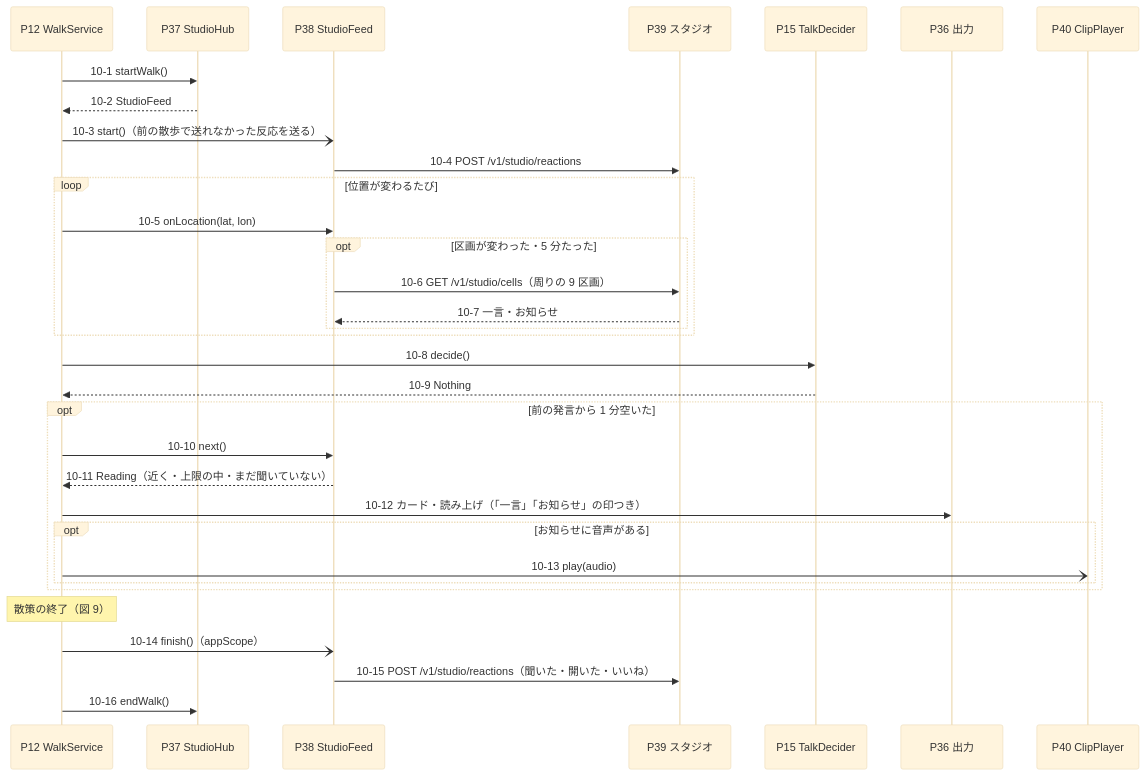
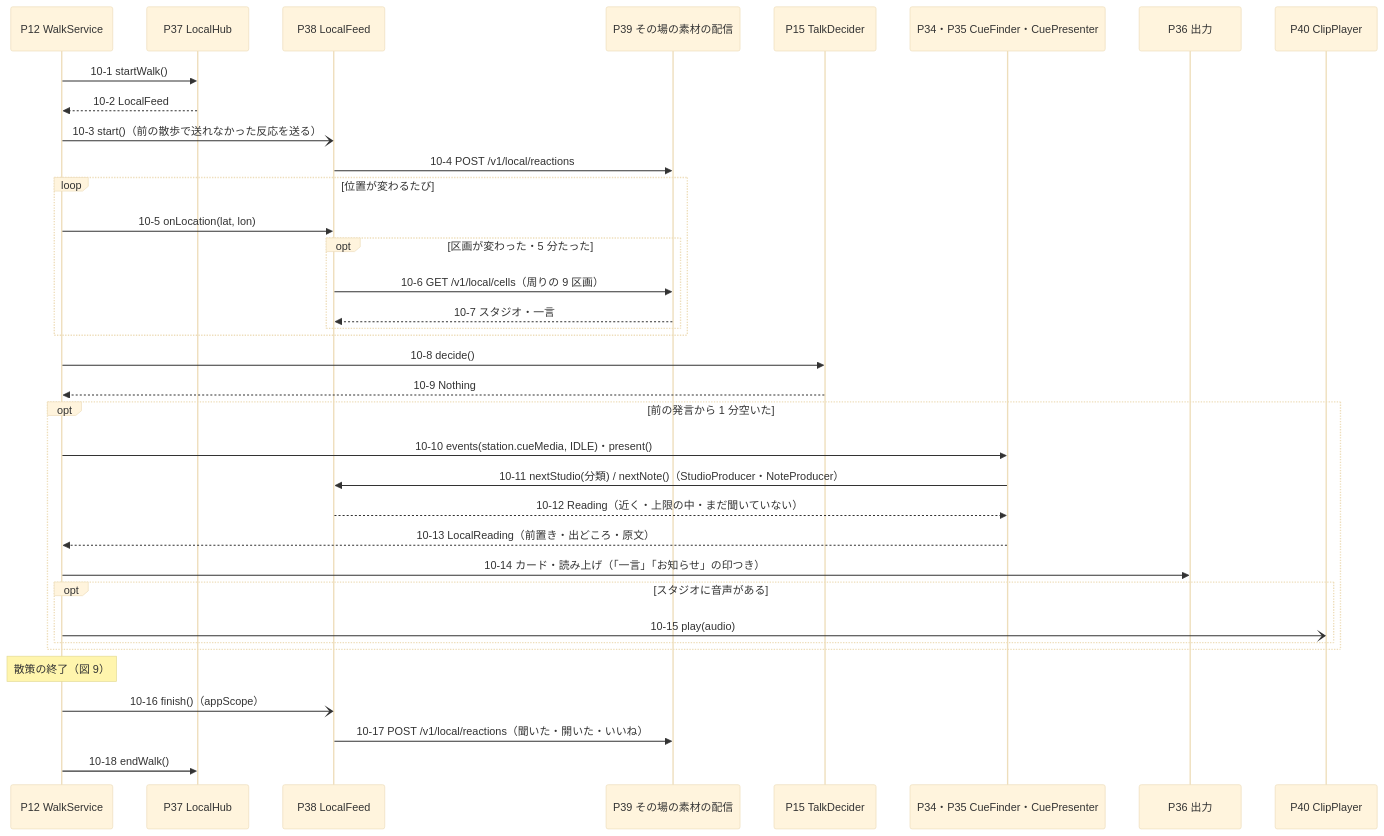
Before and after one commit to duwenji/yorisoi-sanpoguide: the tenth of 10 diagrams in docs/sequences.md, drawn with Mermaid (base theme). The commit also changed other lines of this file and 15 other files, not shown here.

````diff
--- a/docs/sequences.md
+++ b/docs/sequences.md
@@ -646,36 +646,39 @@
 ```mermaid
 sequenceDiagram
   participant WS as P12 WalkService
-  participant Hub as P37 StudioHub
-  participant SF as P38 StudioFeed
-  participant ST as P39 スタジオ
+  participant Hub as P37 LocalHub
+  participant LF as P38 LocalFeed
+  participant ST as P39 その場の素材の配信
   participant TD as P15 TalkDecider
+  participant CU as P34・P35 CueFinder・CuePresenter
   participant Out as P36 出力
   participant CP as P40 ClipPlayer
 
   WS->>Hub: 10-1 startWalk()
-  Hub-->>WS: 10-2 StudioFeed
-  WS-)SF: 10-3 start()（前の散歩で送れなかった反応を送る）
-  SF->>ST: 10-4 POST /v1/studio/reactions
+  Hub-->>WS: 10-2 LocalFeed
+  WS-)LF: 10-3 start()（前の散歩で送れなかった反応を送る）
+  LF->>ST: 10-4 POST /v1/local/reactions
   loop 位置が変わるたび
-    WS->>SF: 10-5 onLocation(lat, lon)
+    WS->>LF: 10-5 onLocation(lat, lon)
     opt 区画が変わった・5 分たった
-      SF->>ST: 10-6 GET /v1/studio/cells（周りの 9 区画）
-      ST-->>SF: 10-7 一言・お知らせ
+      LF->>ST: 10-6 GET /v1/local/cells（周りの 9 区画）
+      ST-->>LF: 10-7 スタジオ・一言
     end
   end
   WS->>TD: 10-8 decide()
   TD-->>WS: 10-9 Nothing
   opt 前の発言から 1 分空いた
-    WS->>SF: 10-10 next()
-    SF-->>WS: 10-11 Reading（近く・上限の中・まだ聞いていない）
-    WS->>Out: 10-12 カード・読み上げ（「一言」「お知らせ」の印つき）
-    opt お知らせに音声がある
-      WS-)CP: 10-13 play(audio)
+    WS->>CU: 10-10 events(station.cueMedia, IDLE)・present()
+    CU->>LF: 10-11 nextStudio(分類) / nextNote()（StudioProducer・NoteProducer）
+    LF-->>CU: 10-12 Reading（近く・上限の中・まだ聞いていない）
+    CU-->>WS: 10-13 LocalReading（前置き・出どころ・原文）
+    WS->>Out: 10-14 カード・読み上げ（「一言」「お知らせ」の印つき）
+    opt スタジオに音声がある
+      WS-)CP: 10-15 play(audio)
     end
   end
   Note over WS: 散策の終了（図 9）
-  WS-)SF: 10-14 finish()（appScope）
-  SF->>ST: 10-15 POST /v1/studio/reactions（聞いた・開いた・いいね）
-  WS->>Hub: 10-16 endWalk()
+  WS-)LF: 10-16 finish()（appScope）
+  LF->>ST: 10-17 POST /v1/local/reactions（聞いた・開いた・いいね）
+  WS->>Hub: 10-18 endWalk()
 ```
````
